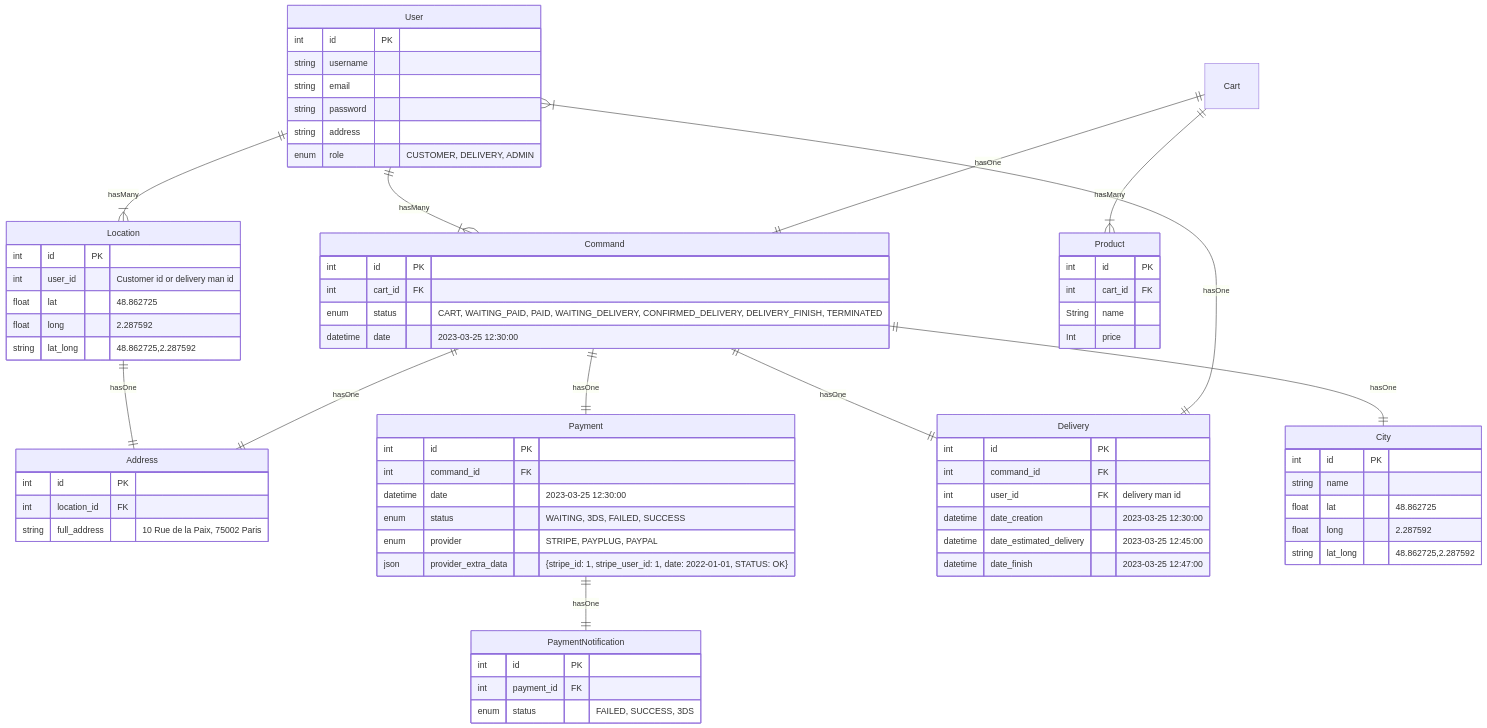
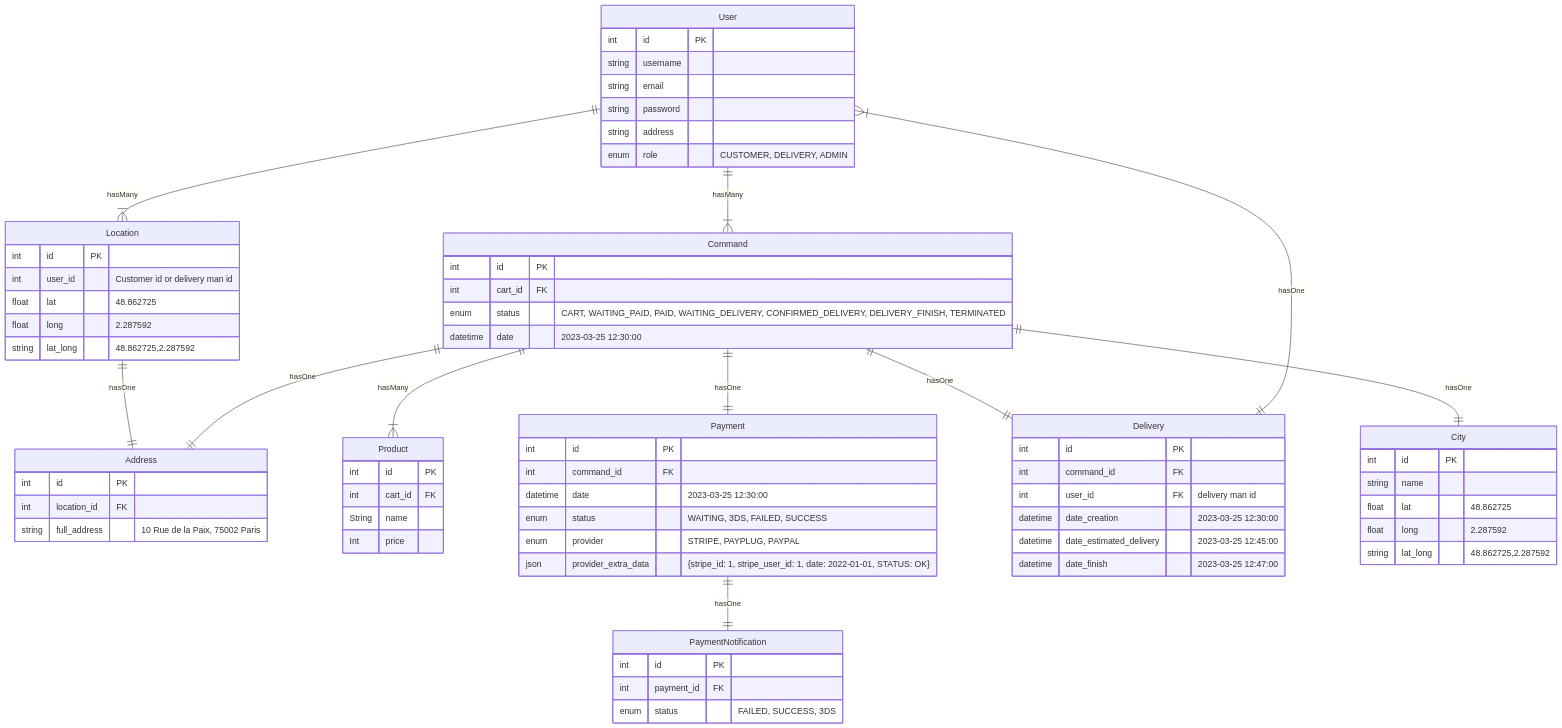
Before and after one commit to joussin/app_marque_blanche: the first of 7 diagrams in src/readme.md, drawn with Mermaid. The commit also changed other lines of this file, not shown here.

```diff
--- a/src/readme.md
+++ b/src/readme.md
@@ -65,8 +65,8 @@
     Location ||--|| Address : hasOne
     User ||--|{ Command : hasMany
     
-    Cart ||--|{ Product : hasMany
-    Cart ||--|| Command : hasOne
+    Command ||--|{ Product : hasMany
+
     
     Command ||--|| Payment : hasOne
     Command ||--|| Delivery : hasOne
```
